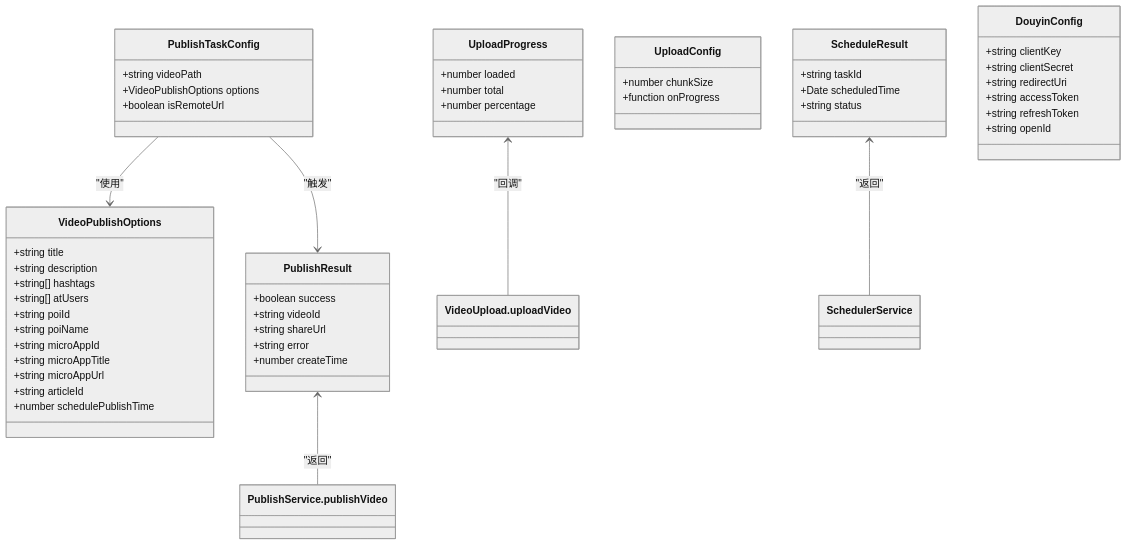
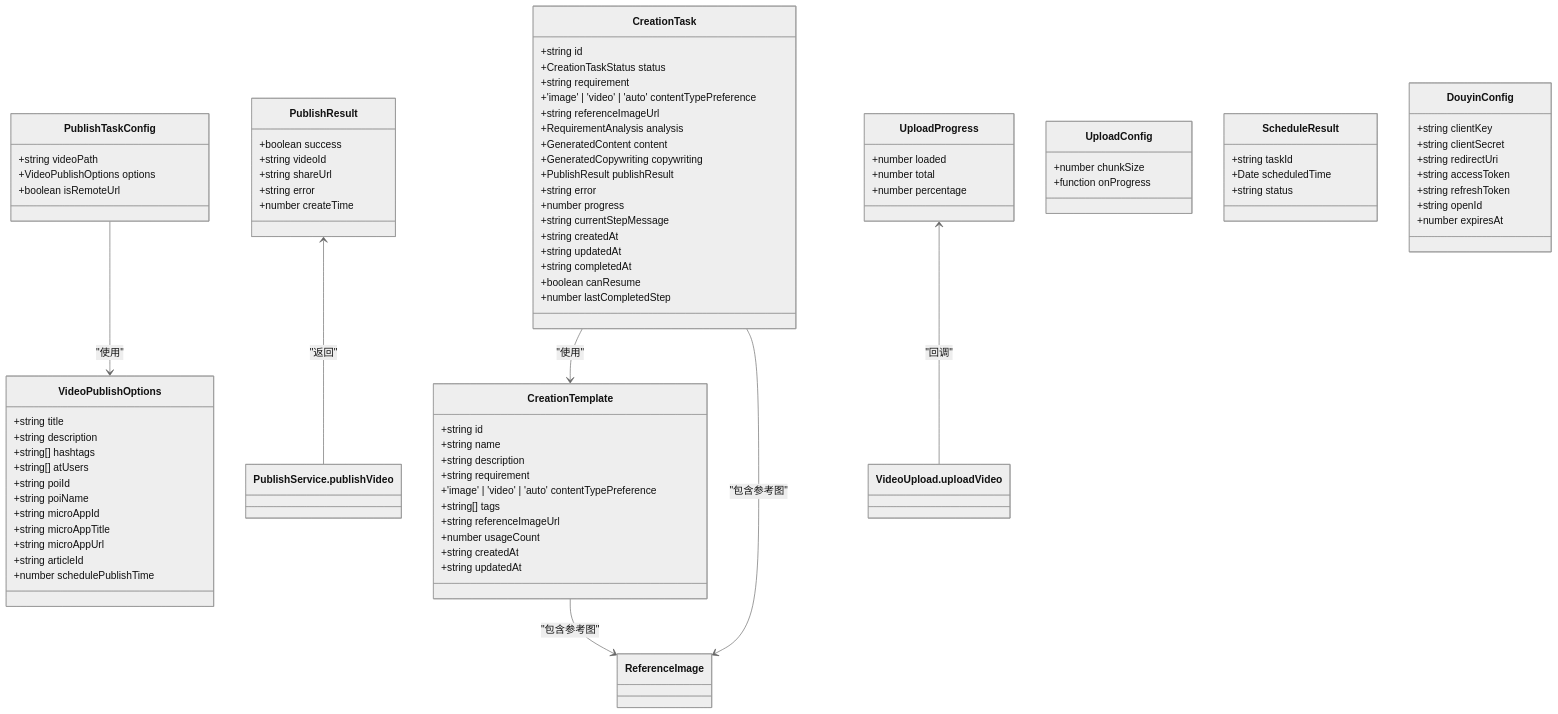
Before and after one commit to songdiyang/clawOperations: the third of 4 diagrams in .qoder/repowiki/zh/content/数据模型.md, drawn with Mermaid (neutral theme). The commit also changed other lines of this file and 7 other files, not shown here.

````diff
--- a/.qoder/repowiki/zh/content/数据模型.md
+++ b/.qoder/repowiki/zh/content/数据模型.md
@@ -383,6 +511,37 @@
 +string error
 +number createTime
 }
+class CreationTask {
++string id
++CreationTaskStatus status
++string requirement
++'image' | 'video' | 'auto' contentTypePreference
++string referenceImageUrl
++RequirementAnalysis analysis
++GeneratedContent content
++GeneratedCopywriting copywriting
++PublishResult publishResult
++string error
++number progress
++string currentStepMessage
++string createdAt
++string updatedAt
++string completedAt
++boolean canResume
++number lastCompletedStep
+}
+class CreationTemplate {
++string id
++string name
++string description
++string requirement
++'image' | 'video' | 'auto' contentTypePreference
++string[] tags
++string referenceImageUrl
++number usageCount
++string createdAt
++string updatedAt
+}
 class UploadProgress {
 +number loaded
 +number total
@@ -404,10 +563,12 @@
 +string accessToken
 +string refreshToken
 +string openId
++number expiresAt
 }
 PublishTaskConfig --> VideoPublishOptions : "使用"
 PublishResult <-- PublishService.publishVideo : "返回"
 UploadProgress <-- VideoUpload.uploadVideo : "回调"
-ScheduleResult <-- SchedulerService : "返回"
-PublishTaskConfig --> PublishResult : "触发"
+CreationTask --> CreationTemplate : "使用"
+CreationTask --> ReferenceImage : "包含参考图"
+CreationTemplate --> ReferenceImage : "包含参考图"
 ```
````
